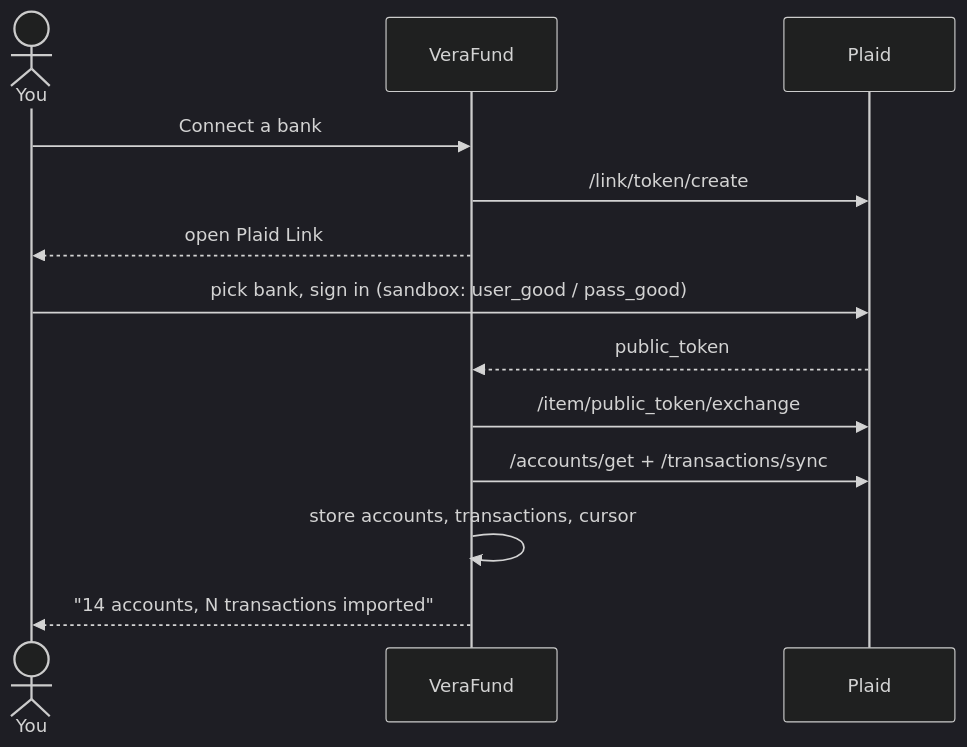
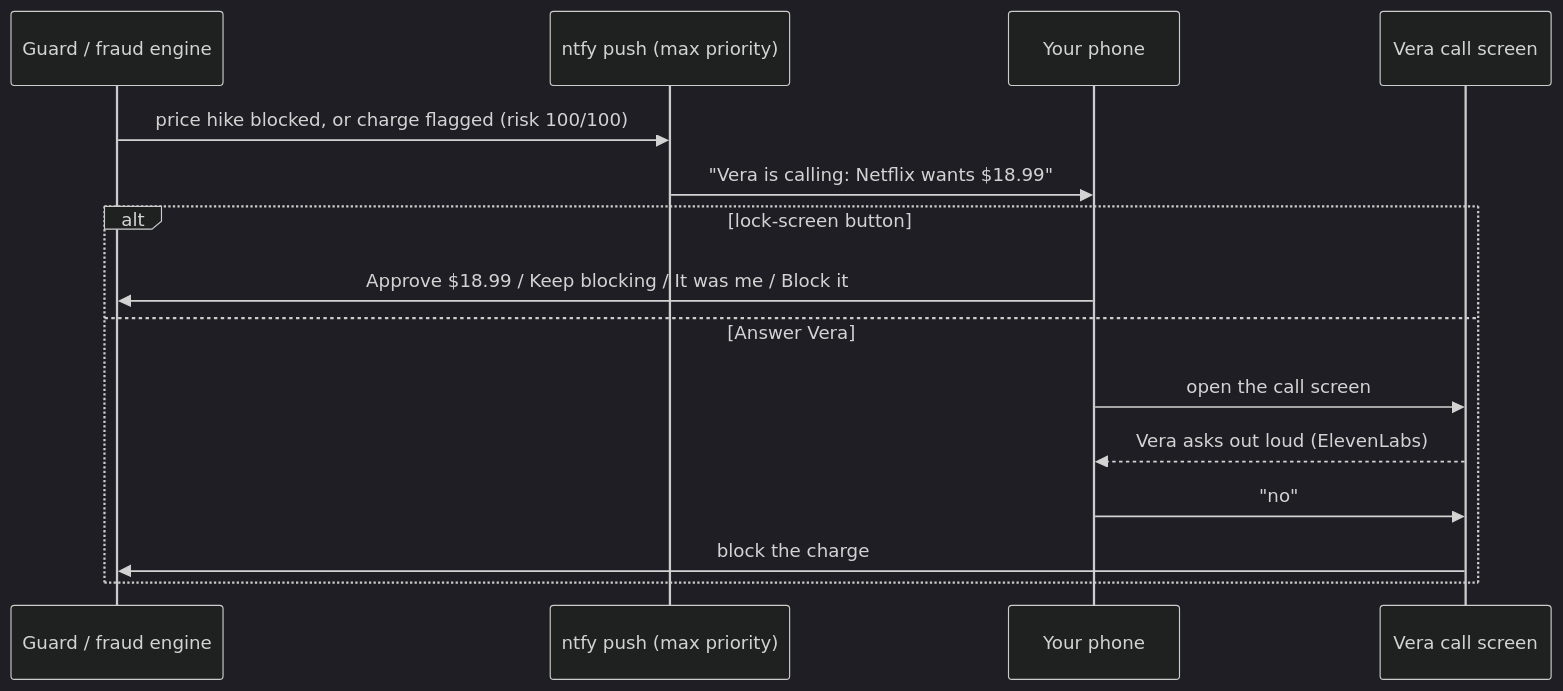
The third of 6 diagrams in README.md (mian-abd/verafund), drawn with Mermaid (dark theme) before and after one commit. The commit also changed other lines of this file, not shown here.

Commit message:
README: diagrams first (how it works, Vera's confirm flow, phone calls, architecture, Jetson), current features

````diff
--- a/README.md
+++ b/README.md
@@ -101,15 +52,17 @@
 ```mermaid
 sequenceDiagram
-  actor U as You
-  participant A as VeraFund
-  participant P as Plaid
-  U->>A: Connect a bank
-  A->>P: /link/token/create
-  A-->>U: open Plaid Link
-  U->>P: pick bank, sign in (sandbox: user_good / pass_good)
-  P-->>A: public_token
-  A->>P: /item/public_token/exchange
-  A->>P: /accounts/get + /transactions/sync
-  A->>A: store accounts, transactions, cursor
-  A-->>U: "14 accounts, N transactions imported"
+  participant G as Guard / fraud engine
+  participant N as ntfy push (max priority)
+  participant P as Your phone
+  participant V as Vera call screen
+  G->>N: price hike blocked, or charge flagged (risk 100/100)
+  N->>P: "Vera is calling: Netflix wants $18.99"
+  alt lock-screen button
+    P->>G: Approve $18.99 / Keep blocking / It was me / Block it
+  else Answer Vera
+    P->>V: open the call screen
+    V-->>P: Vera asks out loud (ElevenLabs)
+    P->>V: "no"
+    V->>G: block the charge
+  end
 ```
````
